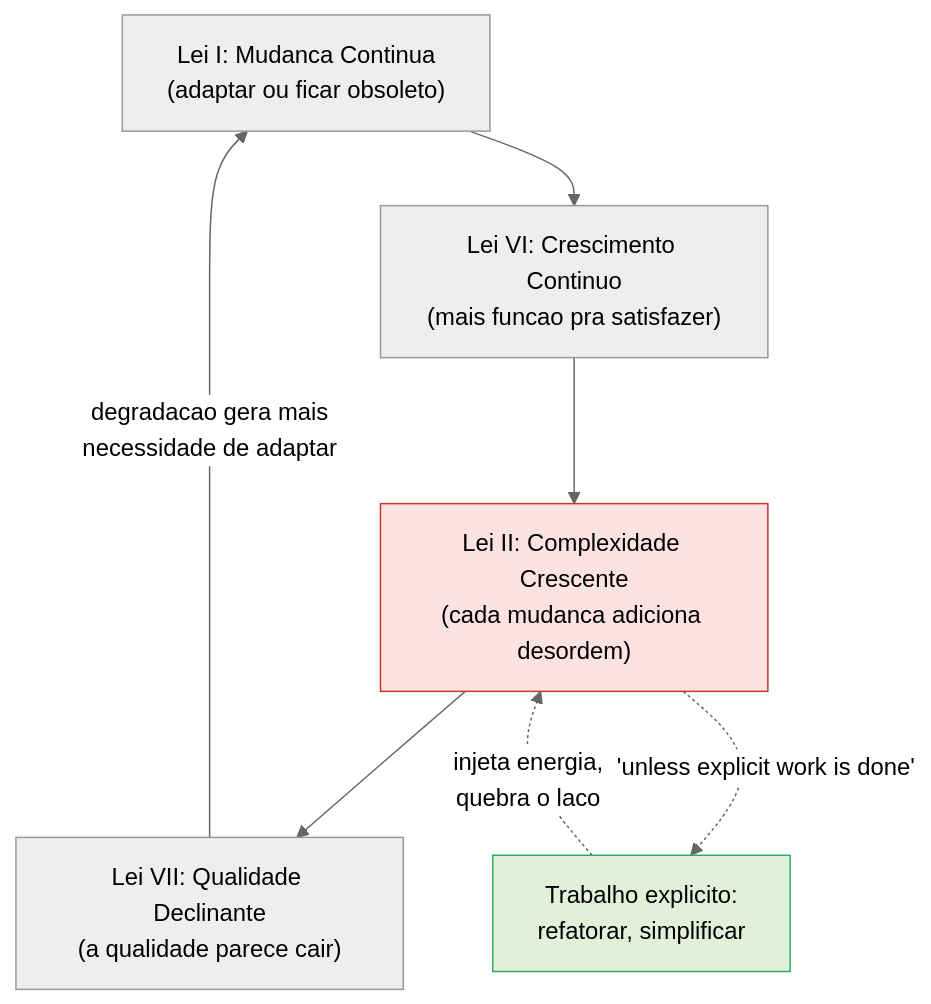
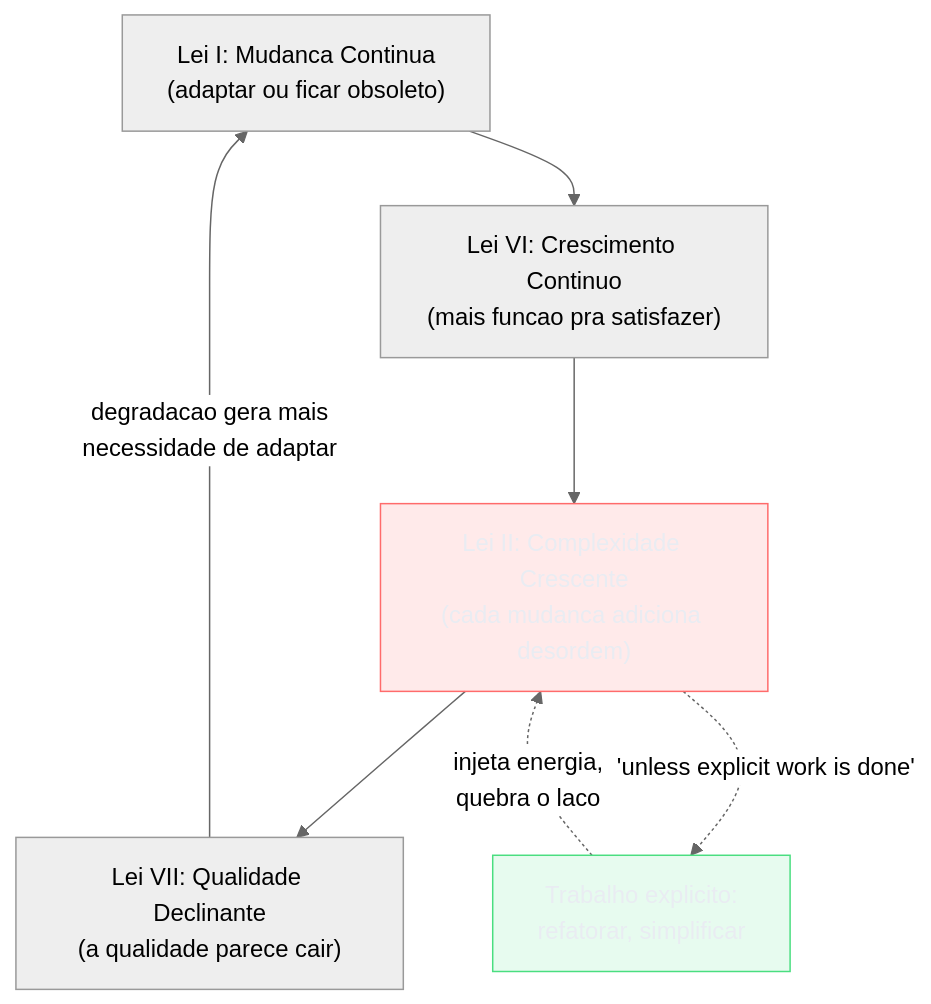
The second of 4 diagrams in 03-Dominios/Engenharia/Complexidade de Software/13 - Entropia de software e decaimento.md (josenaldo/codex-technomanticus), drawn with Mermaid (neutral theme) before and after one commit. The commit also changed other lines of this file and 1181 other files, not shown here.

First line of the commit message:
fix(diagramas): paleta do sistema no lugar de cor cravada no markdown

````diff
--- a/03-Dominios/Engenharia/Complexidade de Software/13 - Entropia de software e decaimento.md
+++ b/03-Dominios/Engenharia/Complexidade de Software/13 - Entropia de software e decaimento.md
@@ -176,12 +177,14 @@
 ```mermaid
 flowchart TD
+    classDef falha fill:#FF6B6B24,stroke:#FF6B6B,color:#E9ECF2
+    classDef ok fill:#4ADE8021,stroke:#4ADE80,color:#E9ECF2
     I["Lei I: Mudanca Continua<br/>(adaptar ou ficar obsoleto)"] --> VI["Lei VI: Crescimento Continuo<br/>(mais funcao pra satisfazer)"]
     VI --> II["Lei II: Complexidade Crescente<br/>(cada mudanca adiciona desordem)"]
     II --> VII["Lei VII: Qualidade Declinante<br/>(a qualidade parece cair)"]
     VII -->|degradacao gera mais<br/>necessidade de adaptar| I
     II -.->|'unless explicit work is done'| E["Trabalho explicito:<br/>refatorar, simplificar"]
     E -.->|injeta energia,<br/>quebra o laco| II
 
-    style II fill:#fde2e2,stroke:#c0392b
-    style E fill:#e2f0d9,stroke:#27ae60
+    class II falha
+    class E ok
 ```
````
